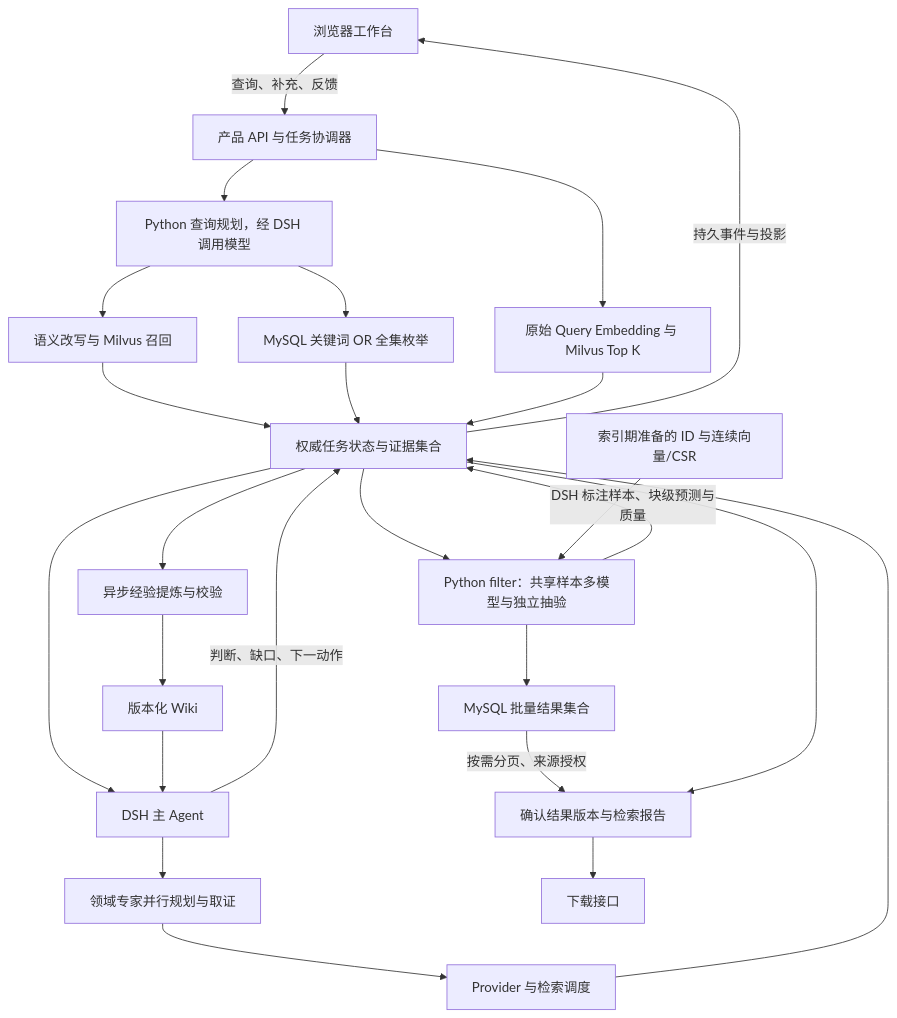
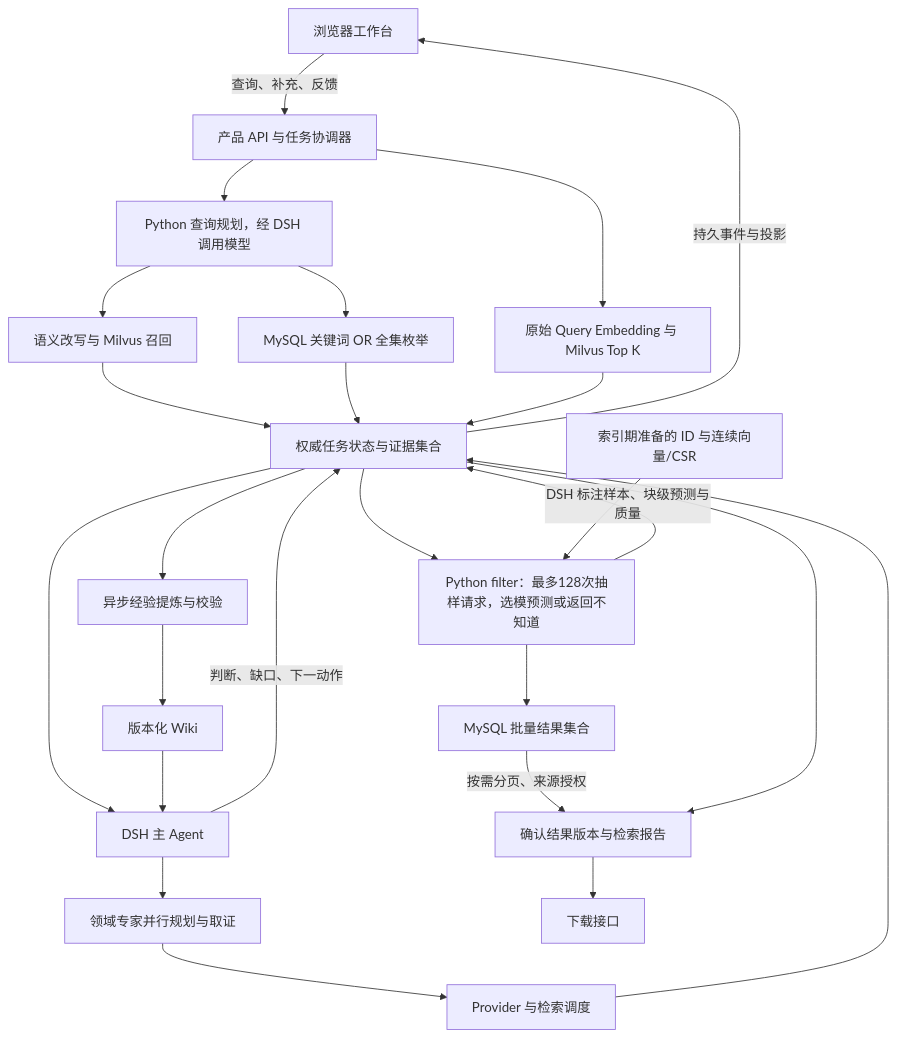
Before and after one commit to Merak-Wang/CaseWeave: the diagram in docs/ARCHITECTURE.md, drawn with Mermaid. The commit also changed other lines of this file and 91 other files, not shown here.

````diff
--- a/docs/ARCHITECTURE.md
+++ b/docs/ARCHITECTURE.md
@@ -13,27 +13,27 @@
 ```mermaid
 flowchart TD
   U[浏览器工作台] -->|查询、补充、反馈| API[产品 API 与任务协调器]
   API --> Q[Python 查询规划，经 DSH 调用模型]
   API --> V[原始 Query Embedding 与 Milvus Top K]
   Q --> K[MySQL 关键词 OR 全集枚举]
   Q --> V2[语义改写与 Milvus 召回]
   V2 --> S
-  S --> O[Python filter：共享样本多模型与独立抽验]
+  S --> O[Python filter：最多128次抽样请求，选模预测或返回不知道]
   F[索引期准备的 ID 与连续向量/CSR] --> O
   O -->|DSH 标注样本、块级预测与质量| S
   O --> M[MySQL 批量结果集合]
   M -->|按需分页、来源授权| R
   K --> S[权威任务状态与证据集合]
   V --> S
   S --> A[DSH 主 Agent]
   W[版本化 Wiki] --> A
   A --> E[领域专家并行规划与取证]
   E --> P[Provider 与检索调度]
   P --> S
   A -->|判断、缺口、下一动作| S
   S -->|持久事件与投影| U
   S --> R[确认结果版本与检索报告]
   R --> D[下载接口]
   S --> L[异步经验提炼与校验]
   L --> W
 ```
````
